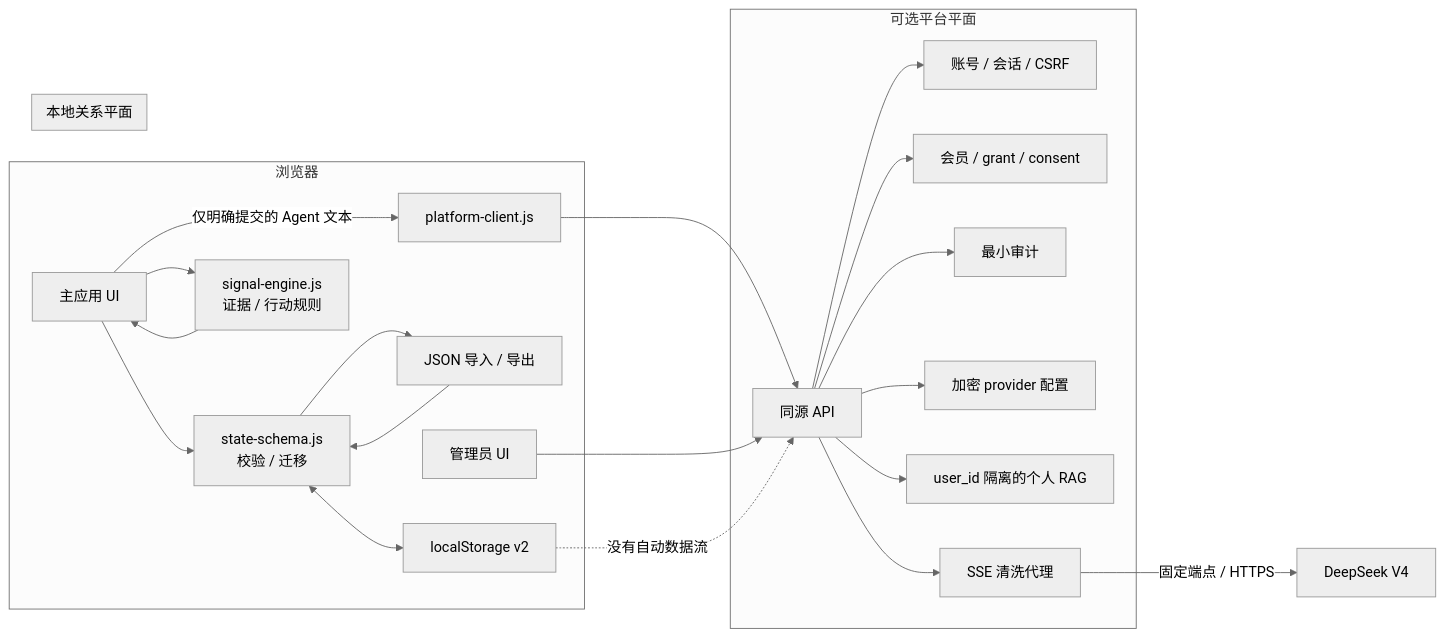
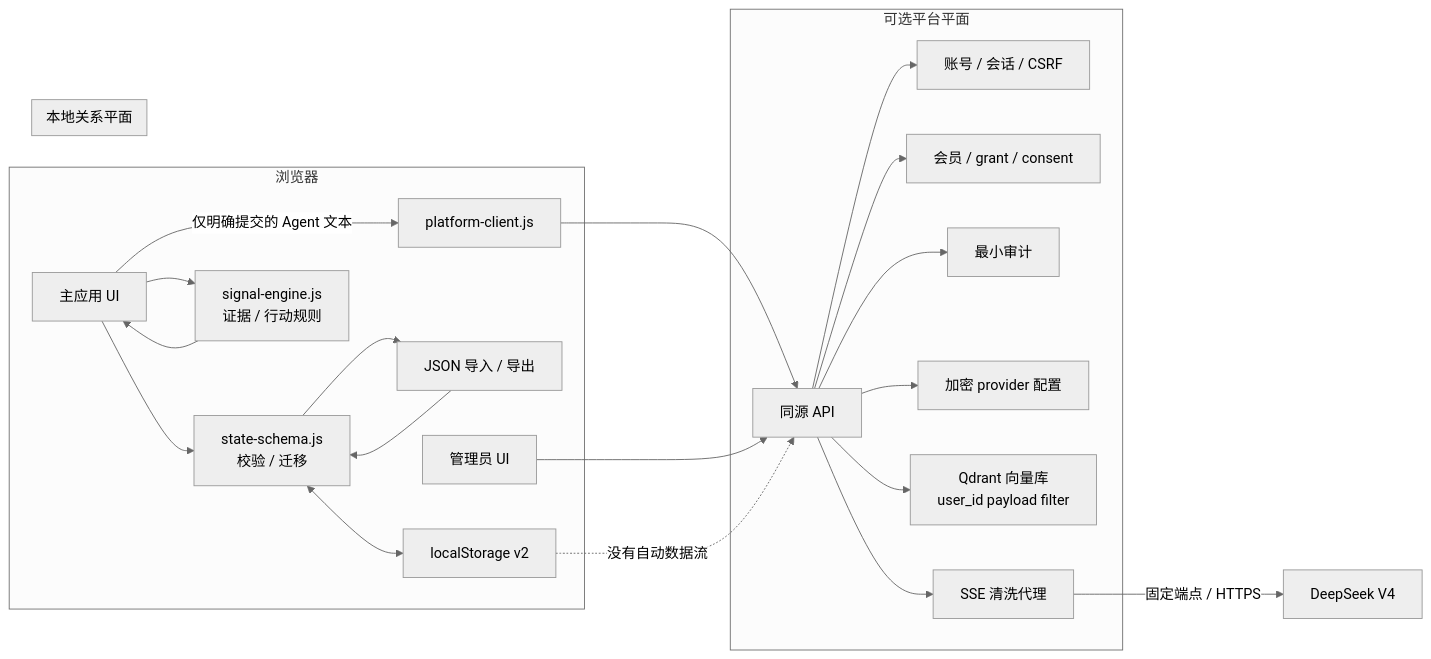
Before and after one commit to TianLongLuo/game-signal-lab: the diagram in docs/ARCHITECTURE.md, drawn with Mermaid (neutral theme). The commit also changed other lines of this file, not shown here.

Commit message:
sync docs/ARCHITECTURE.md from 3c8976a

````diff
--- a/docs/ARCHITECTURE.md
+++ b/docs/ARCHITECTURE.md
@@ -12,49 +12,49 @@
 ```mermaid
 flowchart LR
   subgraph Browser["浏览器"]
     UI["主应用 UI"]
     Schema["state-schema.js\n校验 / 迁移"]
     Engine["signal-engine.js\n证据 / 行动规则"]
     Local["localStorage v2"]
     File["JSON 导入 / 导出"]
     PlatformClient["platform-client.js"]
     Admin["管理员 UI"]
   end
 
   subgraph LocalPlane["本地关系平面"]
     Schema
     Engine
     Local
     File
   end
 
   subgraph PlatformPlane["可选平台平面"]
     API["同源 API"]
     Auth["账号 / 会话 / CSRF"]
     Access["会员 / grant / consent"]
     Audit["最小审计"]
     Provider["加密 provider 配置"]
-    RAG["user_id 隔离的个人 RAG"]
+    RAG["Qdrant 向量库\nuser_id payload filter"]
     Stream["SSE 清洗代理"]
   end
 
   UI --> Schema
   UI --> Engine
   Schema <--> Local
   File --> Schema
   Schema --> File
   Engine --> UI
 
   UI -->|"仅明确提交的 Agent 文本"| PlatformClient
   PlatformClient --> API
   Admin --> API
   API --> Auth
   API --> Access
   API --> Audit
   API --> Provider
   API --> RAG
   API --> Stream
   Stream -->|"固定端点 / HTTPS"| DeepSeek["DeepSeek V4"]
 
   Local -. "没有自动数据流" .-> API
 ```
````
